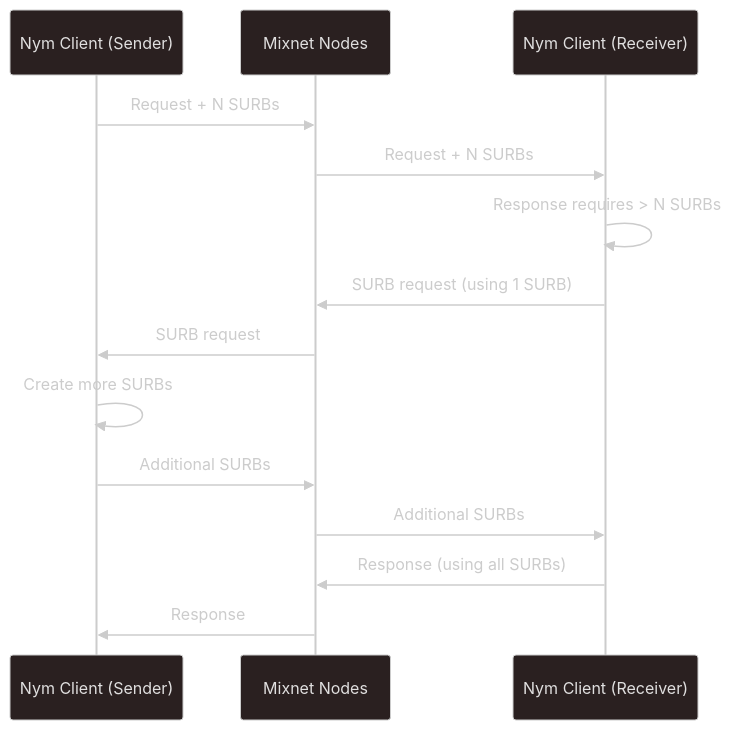
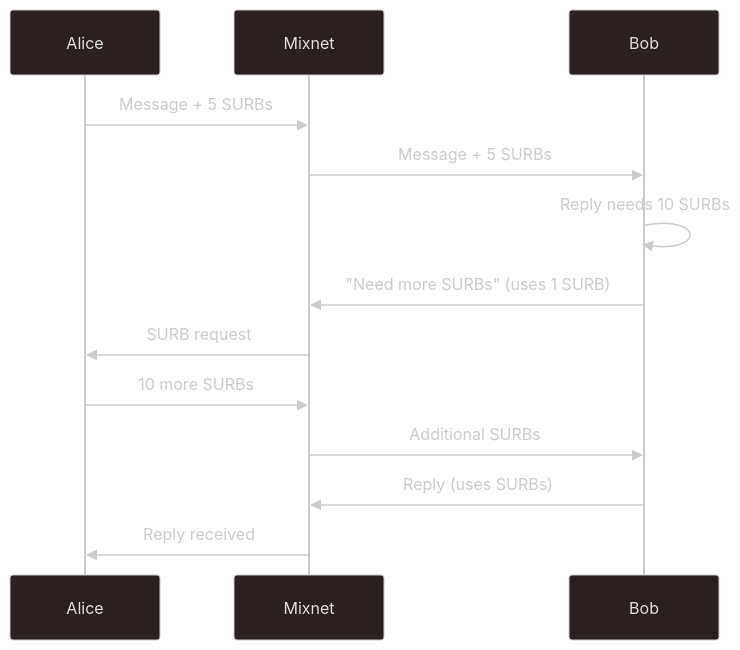
The diagram in documentation/docs/pages/network/mixnet-mode/anonymous-replies.mdx (nymtech/nym), drawn with Mermaid before and after one commit. The commit also changed other lines of this file and 22 other files, not shown here.

````diff
--- a/documentation/docs/pages/network/mixnet-mode/anonymous-replies.mdx
+++ b/documentation/docs/pages/network/mixnet-mode/anonymous-replies.mdx
@@ -108,22 +29,20 @@
 ```mermaid
 ---
 config:
   theme: neo-dark
-  layout: elk
 ---
 sequenceDiagram
-    participant Alice as Nym Client (Sender)
-    participant Mixnet as Mixnet Nodes
-    participant Bob as Nym Client (Receiver)
+    participant Alice
+    participant Mixnet
+    participant Bob
 
-    Alice ->> Mixnet: Request + N SURBs
-    Mixnet ->> Bob: Request + N SURBs
-    Bob ->> Bob: Response requires > N SURBs
-    Bob ->> Mixnet: SURB request (using 1 SURB)
-    Mixnet ->> Alice: SURB request
-    Alice ->> Alice: Create more SURBs
-    Alice ->> Mixnet: Additional SURBs
-    Mixnet ->> Bob: Additional SURBs
-    Bob ->> Mixnet: Response (using all SURBs)
-    Mixnet ->> Alice: Response
+    Alice->>Mixnet: Message + 5 SURBs
+    Mixnet->>Bob: Message + 5 SURBs
+    Bob->>Bob: Reply needs 10 SURBs
+    Bob->>Mixnet: "Need more SURBs" (uses 1 SURB)
+    Mixnet->>Alice: SURB request
+    Alice->>Mixnet: 10 more SURBs
+    Mixnet->>Bob: Additional SURBs
+    Bob->>Mixnet: Reply (uses SURBs)
+    Mixnet->>Alice: Reply received
 ```
````
